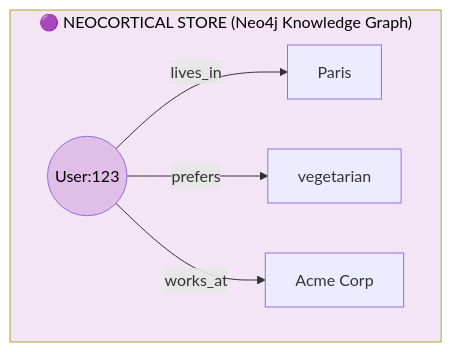
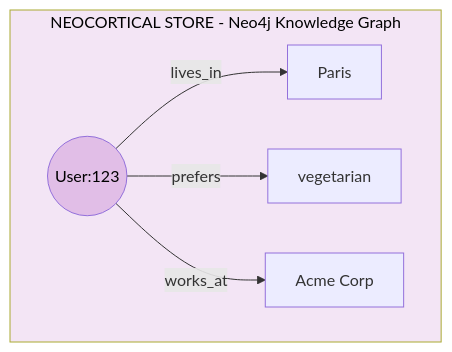
Before and after one commit to avinash-mall/CognitiveMemoryLayer: the fifth of 9 diagrams in README.md, drawn with Mermaid. The commit also changed other lines of this file and 2 other files, not shown here.

````diff
--- a/README.md
+++ b/README.md
@@ -269,11 +265,11 @@
 ```mermaid
 flowchart TB
-    subgraph Neo2["🟣 NEOCORTICAL STORE (Neo4j Knowledge Graph)"]
+    subgraph Neo2["NEOCORTICAL STORE - Neo4j Knowledge Graph"]
         user(("User:123"))
         user -->|lives_in| paris["Paris"]
         user -->|prefers| veg["vegetarian"]
         user -->|works_at| acme["Acme Corp"]
     end
     style Neo2 fill:#f3e5f5,color:#000
     style user fill:#e1bee7,color:#000
 ```
````
